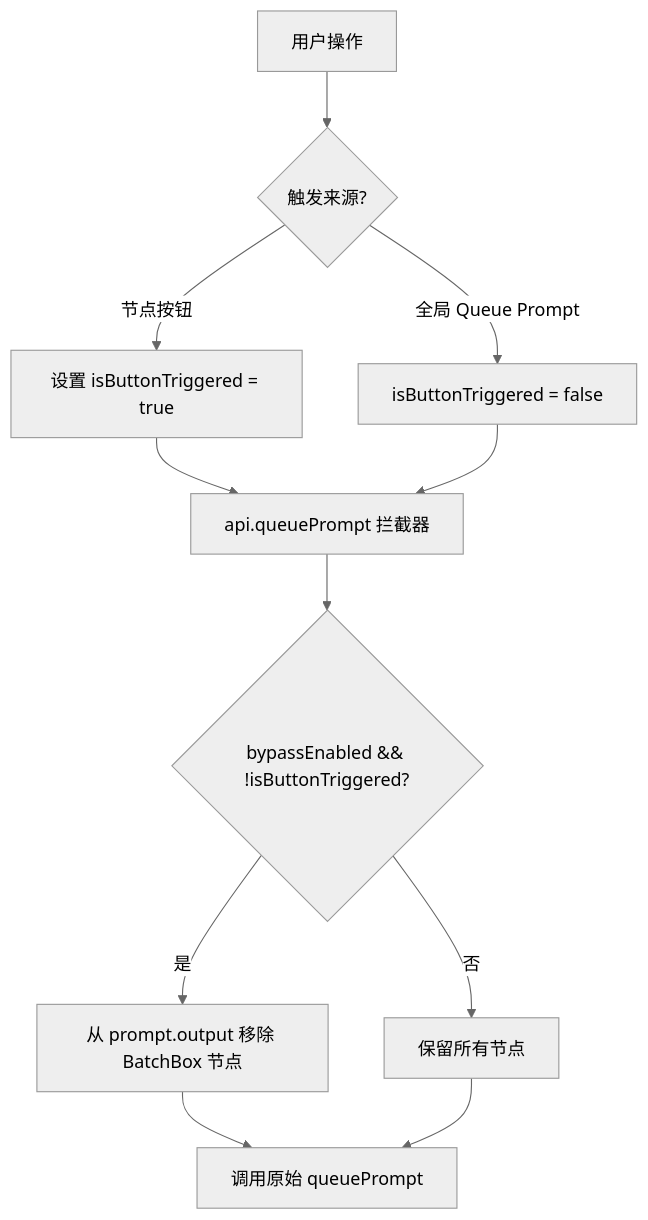
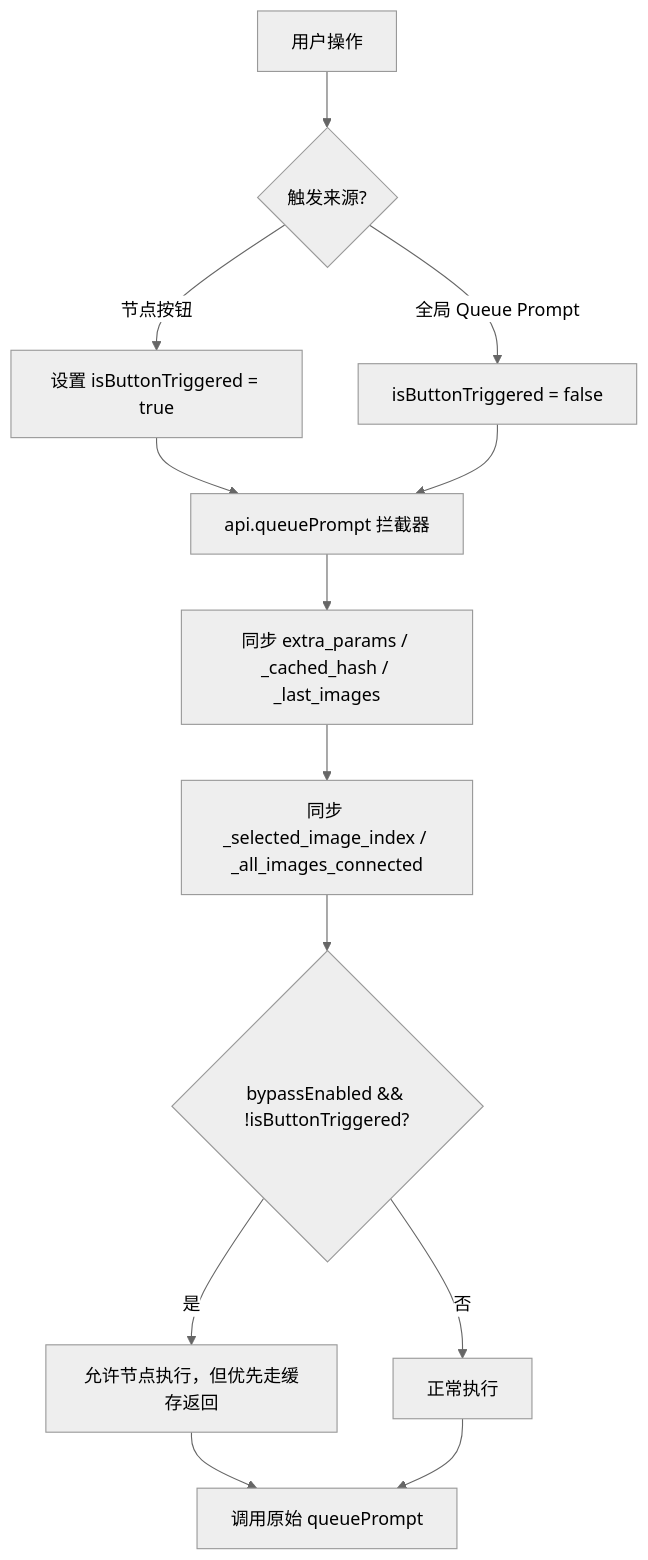
The tenth of 16 diagrams in ARCHITECTURE.md (RexGrey/ComfyUI-Custom-Batchbox), drawn with Mermaid (neutral theme) before and after one commit. The commit also changed other lines of this file and 5 other files, not shown here.

````diff
--- a/ARCHITECTURE.md
+++ b/ARCHITECTURE.md
@@ -675,13 +574,15 @@
 ```mermaid
 flowchart TD
     A[用户操作] --> B{触发来源?}
     B -->|节点按钮| C[设置 isButtonTriggered = true]
     B -->|全局 Queue Prompt| D[isButtonTriggered = false]
     C --> E[api.queuePrompt 拦截器]
     D --> E
-    E --> F{bypassEnabled && !isButtonTriggered?}
-    F -->|是| G[从 prompt.output 移除 BatchBox 节点]
-    F -->|否| H[保留所有节点]
-    G --> I[调用原始 queuePrompt]
-    H --> I
+    E --> F[同步 extra_params / _cached_hash / _last_images]
+    F --> G[同步 _selected_image_index / _all_images_connected]
+    G --> H{bypassEnabled && !isButtonTriggered?}
+    H -->|是| I[允许节点执行，但优先走缓存返回]
+    H -->|否| J[正常执行]
+    I --> K[调用原始 queuePrompt]
+    J --> K
 ```
````
